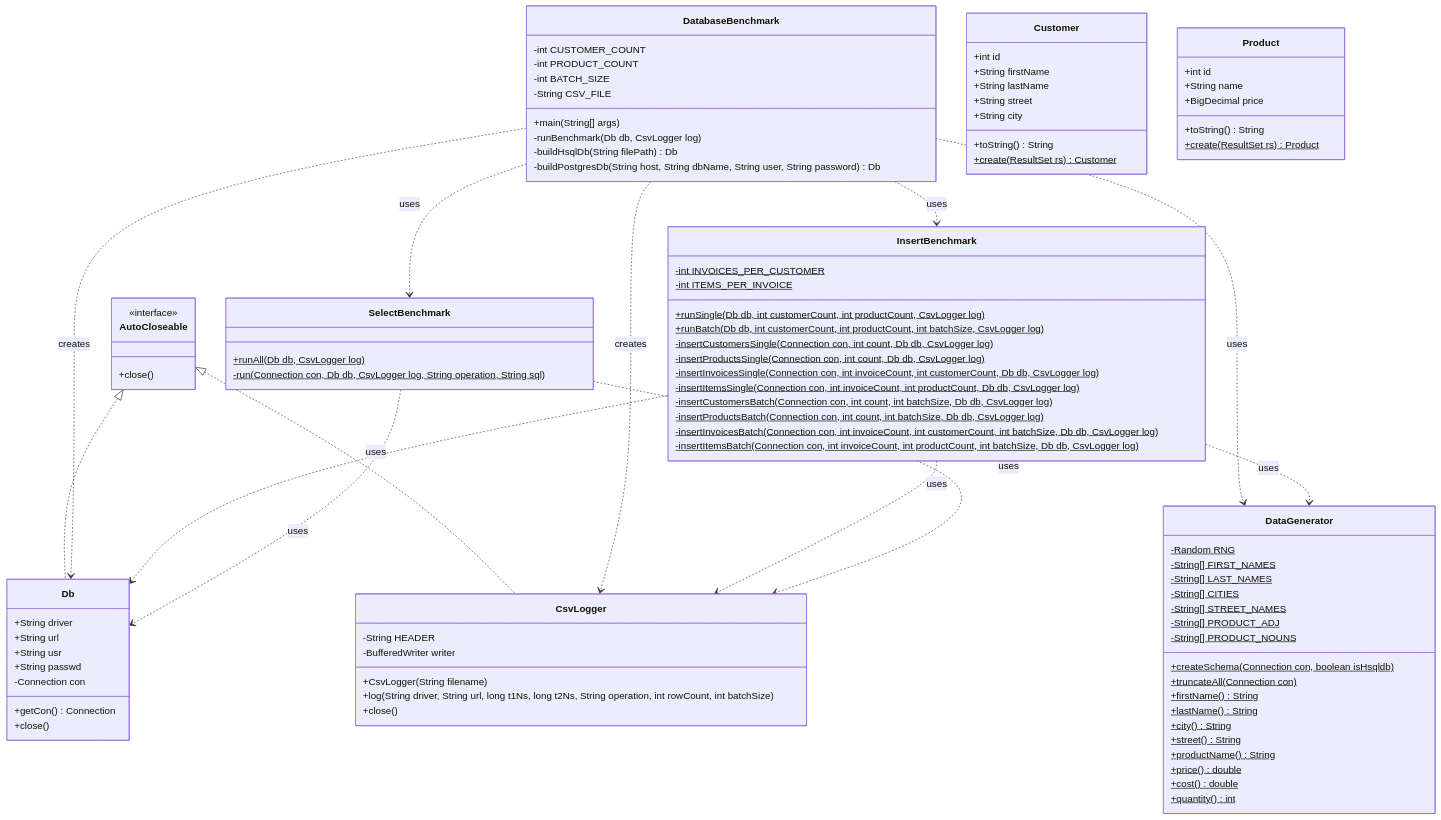
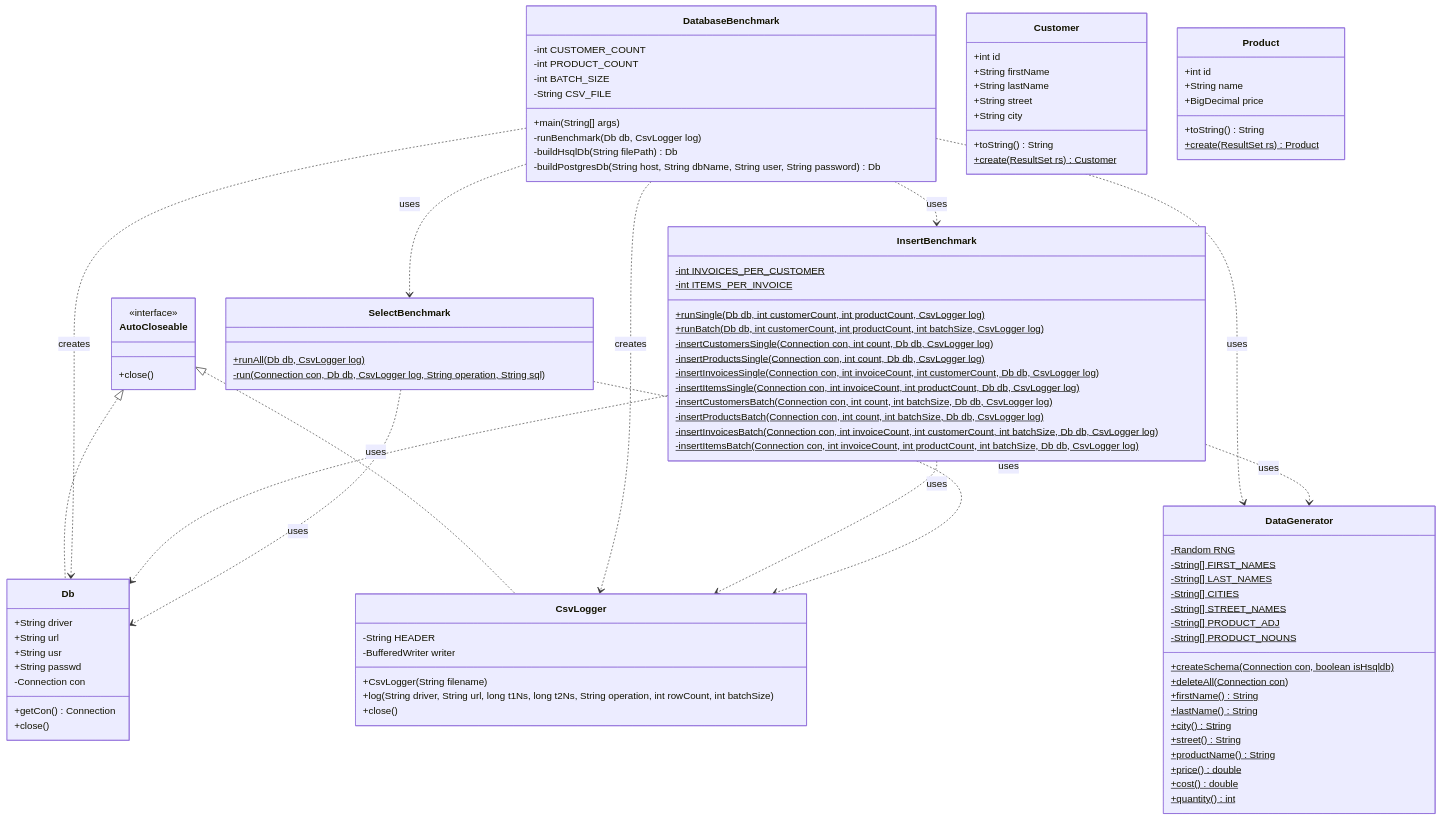
Before and after one commit to IlyaBashlyaev/DatabaseBenchmark: the diagram in docs/class_diagram/class_diagram.md, drawn with Mermaid. The commit also changed 2 other files, not shown here.

Commit message:
Refactor: Rename the method truncateAll() to deleteAll() in DataGenerator

```diff
--- a/docs/class_diagram/class_diagram.md
+++ b/docs/class_diagram/class_diagram.md
@@ -60,7 +60,7 @@
         -String[] PRODUCT_ADJ$
         -String[] PRODUCT_NOUNS$
         +createSchema(Connection con, boolean isHsqldb)$
-        +truncateAll(Connection con)$
+        +deleteAll(Connection con)$
         +firstName()$ String
         +lastName()$ String
         +city()$ String
```
